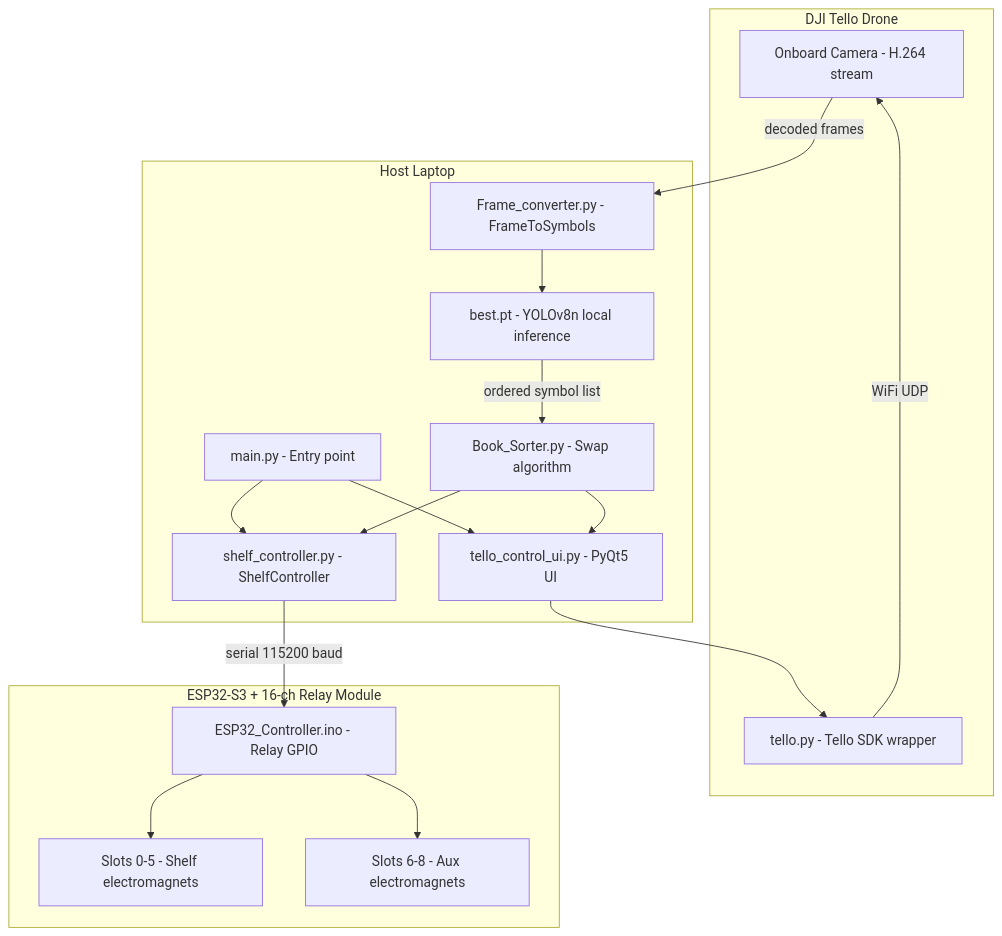
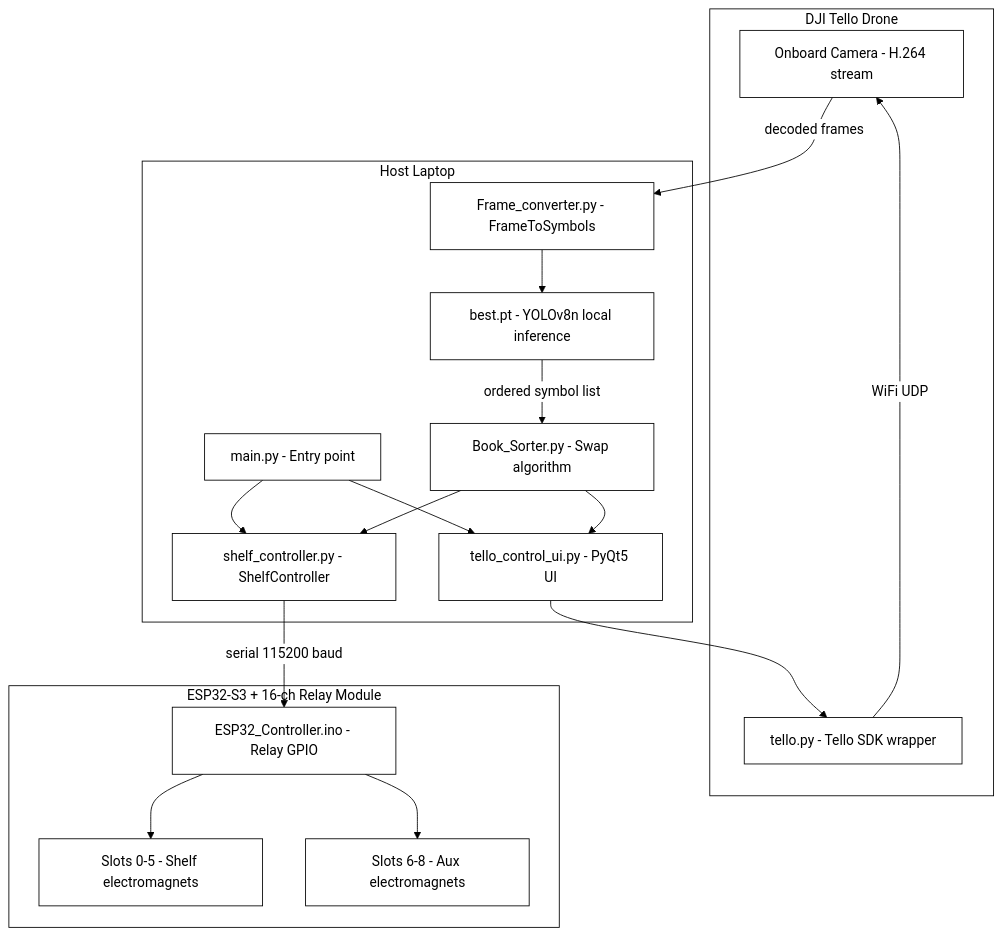
The diagram in README.md (SSOE-ECE1390/Drone-Based-Miniature-Book-Sorting-System), drawn with Mermaid before and after one commit. The commit also changed other lines of this file, not shown here.

Commit message:
Fix payload section prose; force Mermaid white fills to remove color clash

````diff
--- a/README.md
+++ b/README.md
@@ -100,35 +100,36 @@
 ```mermaid
+%%{init: {'theme': 'base', 'themeVariables': {'primaryColor': '#ffffff', 'primaryBorderColor': '#000000', 'primaryTextColor': '#000000', 'clusterBkg': '#ffffff', 'clusterBorder': '#000000', 'lineColor': '#000000', 'edgeLabelBackground': '#ffffff', 'secondaryColor': '#ffffff', 'tertiaryColor': '#ffffff'}}}%%
 flowchart TD
     subgraph Drone["DJI Tello Drone"]
         Camera["Onboard Camera - H.264 stream"]
         TelloPy["tello.py - Tello SDK wrapper"]
     end
 
     subgraph Host["Host Laptop"]
         main["main.py - Entry point"]
         TelloUI["tello_control_ui.py - PyQt5 UI"]
         FTS["Frame_converter.py - FrameToSymbols"]
         YOLO["best.pt - YOLOv8n local inference"]
         BS["Book_Sorter.py - Swap algorithm"]
         SC["shelf_controller.py - ShelfController"]
     end
 
     subgraph ESP32["ESP32-S3 + 16-ch Relay Module"]
         Arduino["ESP32_Controller.ino - Relay GPIO"]
         Slots05["Slots 0-5 - Shelf electromagnets"]
         Slots68["Slots 6-8 - Aux electromagnets"]
     end
 
     main --> TelloUI
     main --> SC
     TelloUI --> TelloPy
     TelloPy -->|WiFi UDP| Camera
     Camera -->|decoded frames| FTS
     FTS --> YOLO
     YOLO -->|ordered symbol list| BS
     BS --> SC
     BS --> TelloUI
     SC -->|serial 115200 baud| Arduino
     Arduino --> Slots05
     Arduino --> Slots68
 ```
````
